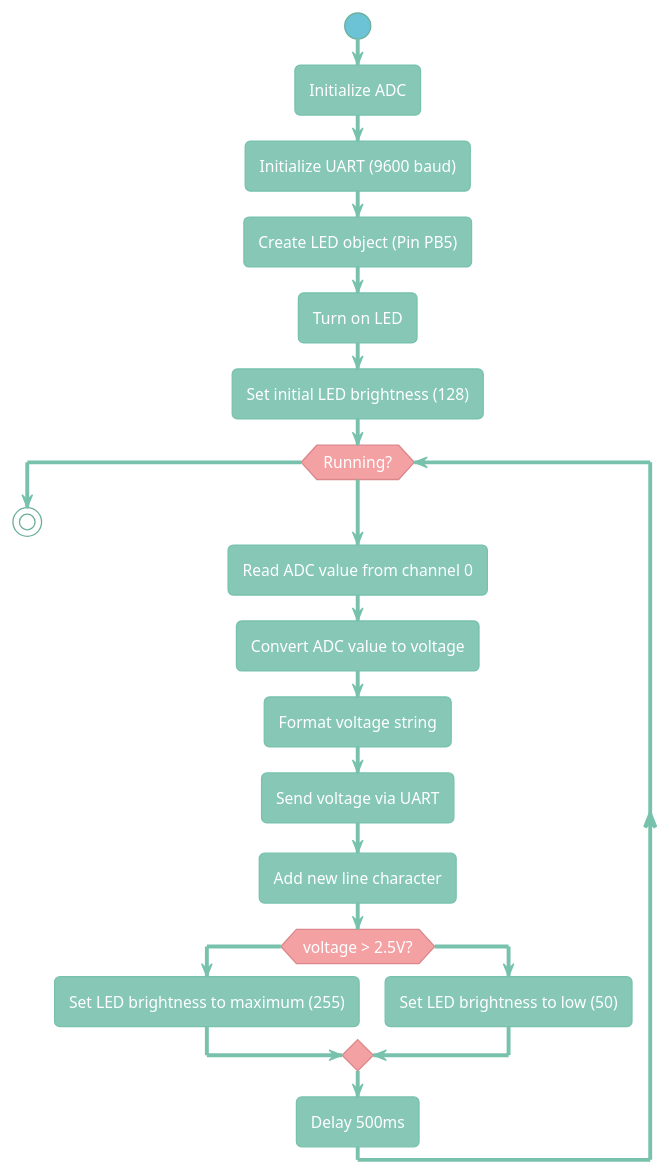
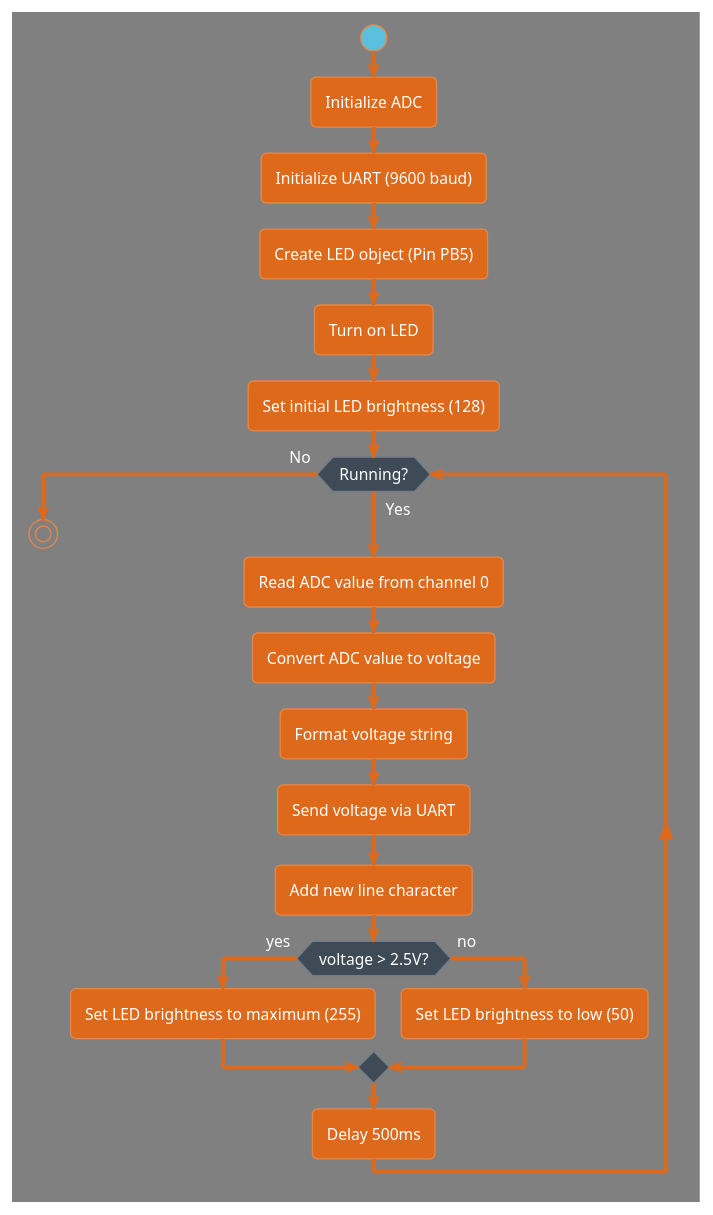
The diagram in docs/flowchart.puml (CarlosSilva-git/TP1), drawn with PlantUML before and after one commit. The commit also changed 1 other file, not shown here.

```diff
--- a/docs/flowchart.puml
+++ b/docs/flowchart.puml
@@ -1,32 +1,32 @@
 @startuml Program Flow
 
-!theme minty
-skinparam backgroundColor white
+!theme superhero
+skinparam backgroundColor grey
 
 start
 
 :Initialize ADC;
 :Initialize UART (9600 baud);
 :Create LED object (Pin PB5);
 :Turn on LED;
 :Set initial LED brightness (128);
 
 while (Running?) is (Yes)
     :Read ADC value from channel 0;
     :Convert ADC value to voltage;
     :Format voltage string;
     
     :Send voltage via UART;
     :Add new line character;
     
     if (voltage > 2.5V?) then (yes)
         :Set LED brightness to maximum (255);
     else (no)
         :Set LED brightness to low (50);
-    endif 
+    endif
     :Delay 500ms;
 endwhile (No)
 
 stop
 
 @enduml
```
